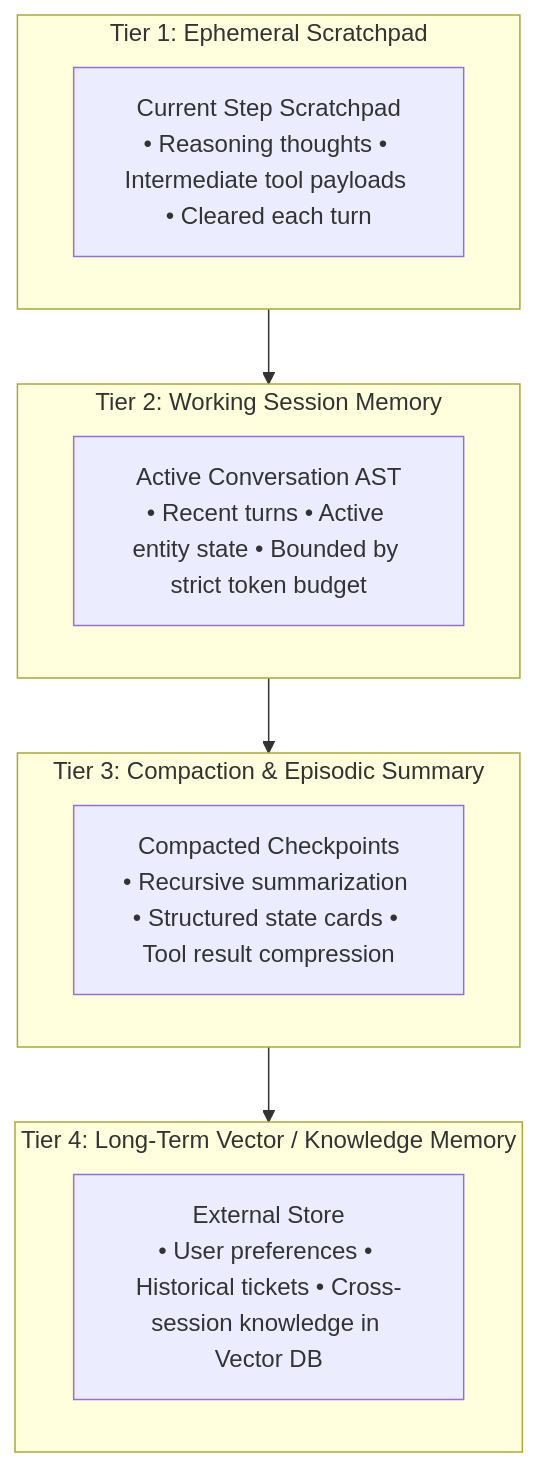
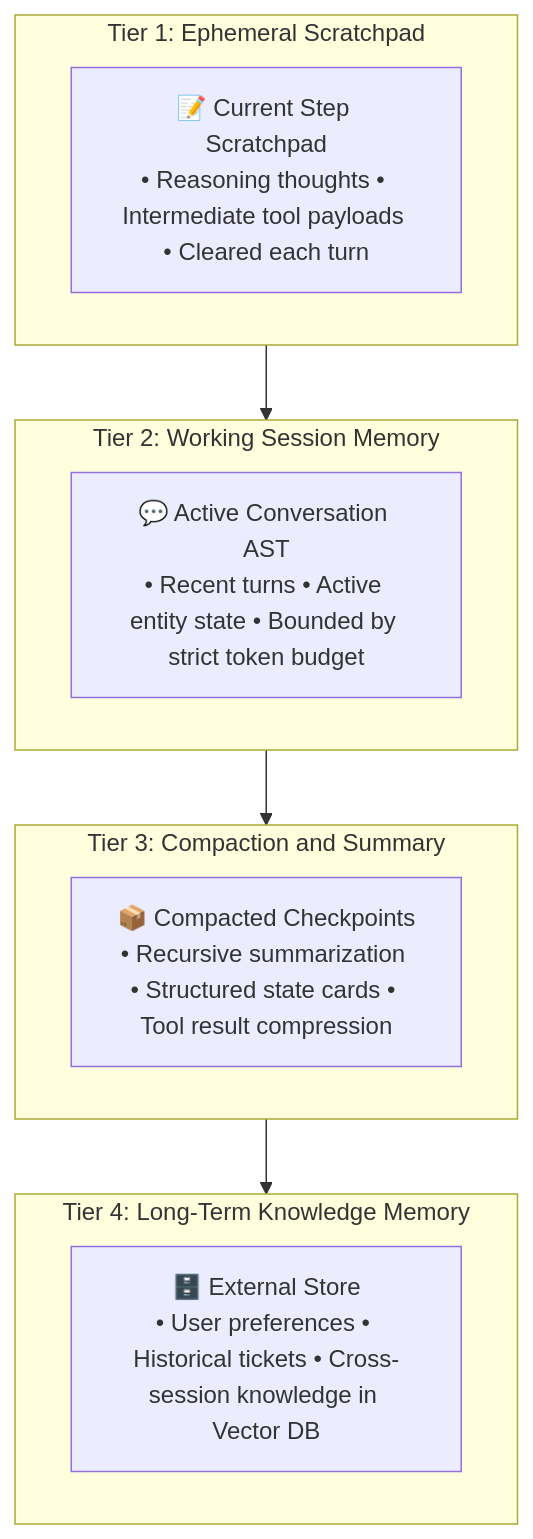
Before and after one commit to dip4k/senior-engineer-to-ai-engineer-roadmap: the sixth of 11 diagrams in ai-platform-and-agent-infrastructure-roadmap.md, drawn with Mermaid. The commit also changed other lines of this file and 94 other files, not shown here.

Commit message:
refactor(curriculum): complete Phase 04 upgrade and enforce diagram renderer invariants

````diff
--- a/ai-platform-and-agent-infrastructure-roadmap.md
+++ b/ai-platform-and-agent-infrastructure-roadmap.md
@@ -248,20 +247,20 @@
 ```mermaid
 flowchart TD
     subgraph T1 ["Tier 1: Ephemeral Scratchpad"]
-        S1["Current Step Scratchpad<br>• Reasoning thoughts • Intermediate tool payloads • Cleared each turn"]
+        S1["📝 Current Step Scratchpad<br>• Reasoning thoughts • Intermediate tool payloads • Cleared each turn"]
     end
     
     subgraph T2 ["Tier 2: Working Session Memory"]
-        S2["Active Conversation AST<br>• Recent turns • Active entity state • Bounded by strict token budget"]
+        S2["💬 Active Conversation AST<br>• Recent turns • Active entity state • Bounded by strict token budget"]
     end
     
-    subgraph T3 ["Tier 3: Compaction & Episodic Summary"]
-        S3["Compacted Checkpoints<br>• Recursive summarization • Structured state cards • Tool result compression"]
+    subgraph T3 ["Tier 3: Compaction and Summary"]
+        S3["📦 Compacted Checkpoints<br>• Recursive summarization • Structured state cards • Tool result compression"]
     end
     
-    subgraph T4 ["Tier 4: Long-Term Vector / Knowledge Memory"]
-        S4["External Store<br>• User preferences • Historical tickets • Cross-session knowledge in Vector DB"]
+    subgraph T4 ["Tier 4: Long-Term Knowledge Memory"]
+        S4["🗄️ External Store<br>• User preferences • Historical tickets • Cross-session knowledge in Vector DB"]
     end
 
     T1 --> T2 --> T3 --> T4
 ```
````
